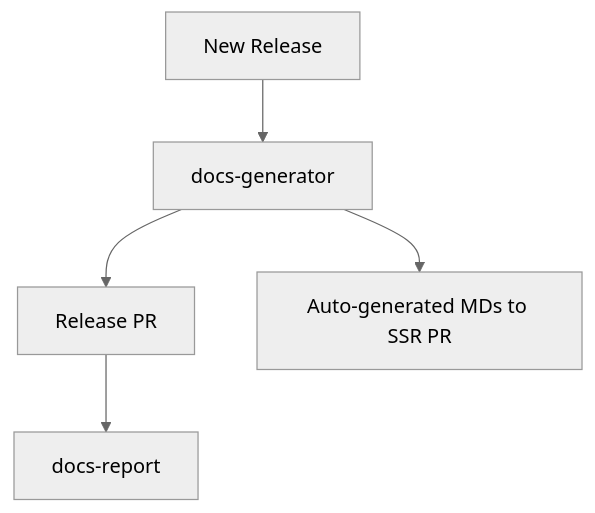
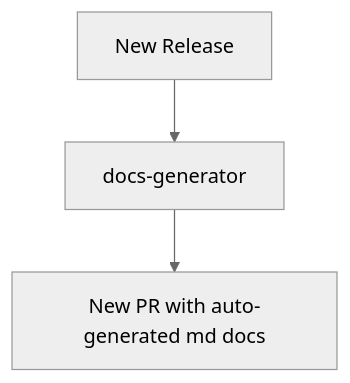
The second of 2 diagrams in README.md (TBD54566975/tbdocs), drawn with Mermaid (neutral theme) before and after one commit. The commit also changed other lines of this file and 13 other files, not shown here.

````diff
--- a/README.md
+++ b/README.md
@@ -25,7 +32,5 @@
 ```mermaid
 flowchart TD
   B[New Release] --> DG[docs-generator]
-  DG --> PRR[Release PR]
-  DG --> SSR[Auto-generated MDs to SSR PR]
-  PRR --> DR2[docs-report]
+  DG --> SSG[New PR with auto-generated md docs]
 ```
````
